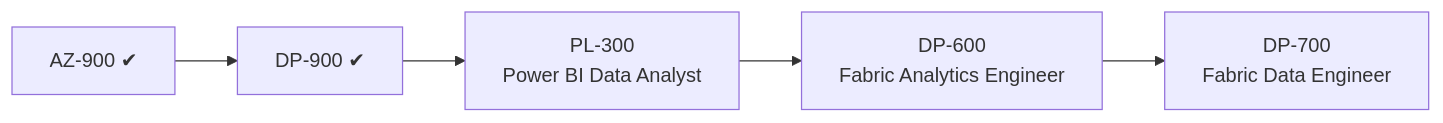
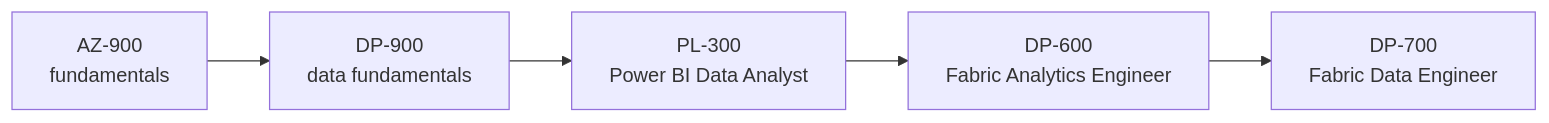
Before and after one commit to hichauhan-in/Interview-Prep: diagram 26 of 28 in BI Data Analyst/prep/Part-06-Azure-Fabric-Data-Stack.md, drawn with Mermaid. The commit also changed other lines of this file and 32 other files, not shown here.

````diff
--- a/BI Data Analyst/prep/Part-06-Azure-Fabric-Data-Stack.md
+++ b/BI Data Analyst/prep/Part-06-Azure-Fabric-Data-Stack.md
@@ -1060,7 +1060,7 @@
 ```mermaid
 flowchart LR
-    F1[AZ-900 ✔] --> F2[DP-900 ✔]
+    F1[AZ-900<br/>fundamentals] --> F2[DP-900<br/>data fundamentals]
     F2 --> P[PL-300<br/>Power BI Data Analyst]
     P --> D6[DP-600<br/>Fabric Analytics Engineer]
     D6 --> D7[DP-700<br/>Fabric Data Engineer]
 ```
````
